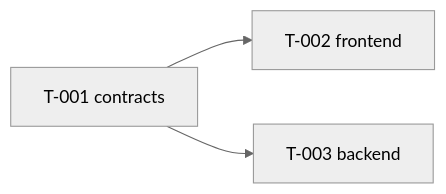
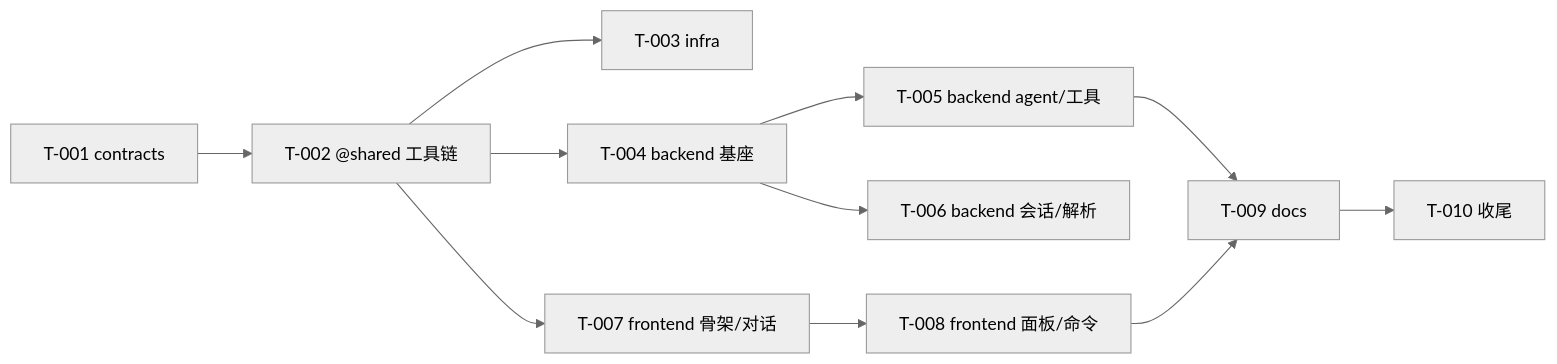
The diagram in docs/tasks/BOARD.md (Pizuu/ai-code-manager), drawn with Mermaid (neutral theme) before and after one commit. The commit also changed other lines of this file and 16 other files, not shown here.

Commit message:
chore(shared): 工具链 package.json/tsconfig/eslint/.npmrc、AGENTS.md 真实命令、任务卡与看板

````diff
--- a/docs/tasks/BOARD.md
+++ b/docs/tasks/BOARD.md
@@ -13,6 +21,13 @@
 ```mermaid
 graph LR
-  T001[T-001 contracts]
-  T001 --> T002[T-002 frontend]
-  T001 --> T003[T-003 backend]
+  T001[T-001 contracts] --> T002[T-002 @shared 工具链]
+  T002 --> T003[T-003 infra]
+  T002 --> T004[T-004 backend 基座]
+  T004 --> T005[T-005 backend agent/工具]
+  T004 --> T006[T-006 backend 会话/解析]
+  T002 --> T007[T-007 frontend 骨架/对话]
+  T007 --> T008[T-008 frontend 面板/命令]
+  T005 --> T009[T-009 docs]
+  T008 --> T009
+  T009 --> T010[T-010 收尾]
 ```
````
